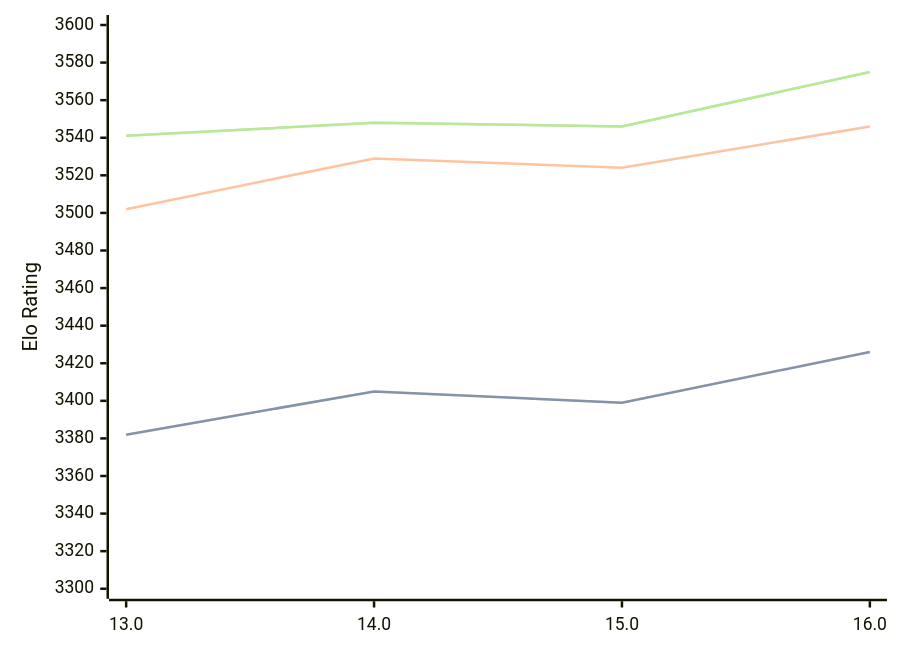
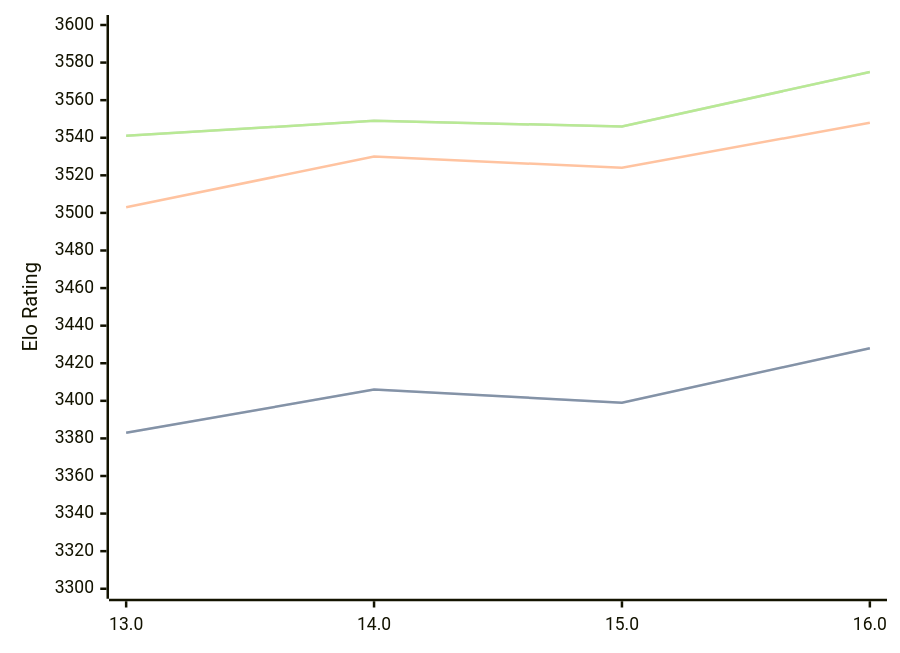
Before and after one commit to computer-chess-index/cci: the diagram in engines/Obsidian.md, drawn with Mermaid. The commit also changed other lines of this file, not shown here.

Commit message:
Update CCI Ratings (ELO VLTC) - 2026-07-31

````diff
--- a/engines/Obsidian.md
+++ b/engines/Obsidian.md
@@ -43,11 +43,11 @@
 ```mermaid
 %%{init: {"theme":"base","themeVariables":{"seriesColors:['#a3a3a3','#222221','#faa371']}}}%%
 xychart-beta
   x-axis ["13.0", "14.0", "15.0", "16.0"]
   y-axis "Elo Rating" 3300 --> 3600
-  line "STC (8.0+0.08s)" [3382, 3405, 3399, 3426]
-  line "STC (8.0+0.08s)" [3382, 3405, 3399, 3426]
-  line "LTC (60.0+0.60s)" [3502, 3529, 3524, 3546]
-  line "VLTC (2m24s+1.12s)" [3541, 3548, 3546, 3575]
-  line "VLTC (2m24s+1.12s)" [3541, 3548, 3546, 3575]
+  line "STC (8.0+0.08s)" [3383, 3406, 3399, 3428]
+  line "STC (8.0+0.08s)" [3383, 3406, 3399, 3428]
+  line "LTC (60.0+0.60s)" [3503, 3530, 3524, 3548]
+  line "VLTC (2m24s+1.12s)" [3541, 3549, 3546, 3575]
+  line "VLTC (2m24s+1.12s)" [3541, 3549, 3546, 3575]
 ```
````
